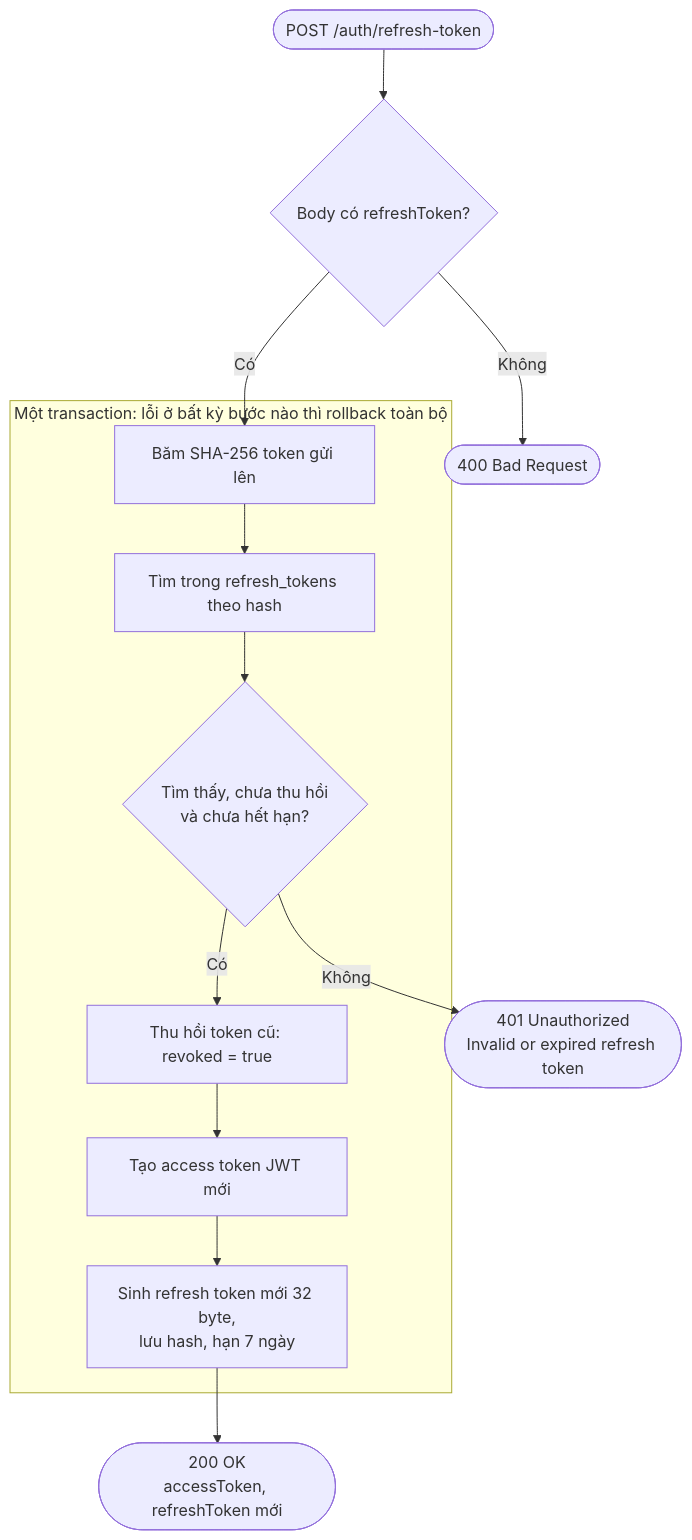
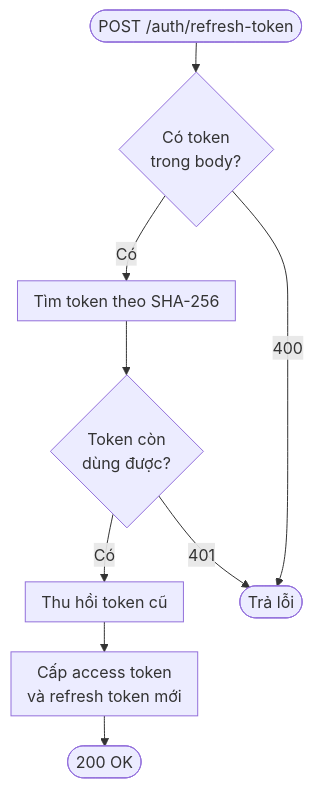
One commit to Phamminh161005/CourseHub changed the third of 7 diagrams in docs/luong-nghiep-vu.md. Above: the diagram before and after it, drawn with Mermaid. The commit also changed other lines of this file, not shown here.

````diff
--- a/docs/luong-nghiep-vu.md
+++ b/docs/luong-nghiep-vu.md
@@ -81,15 +86,12 @@
 ```mermaid
+%%{init: {"flowchart": {"padding": 8, "rankSpacing": 30, "nodeSpacing": 40}}}%%
 flowchart TD
-    A(["POST /auth/refresh-token"]) --> B{"Body có refreshToken?"}
-    B -- Không --> E400(["400 Bad Request"])
-    subgraph TX ["Một transaction: lỗi ở bất kỳ bước nào thì rollback toàn bộ"]
-        C["Băm SHA-256 token gửi lên"] --> D["Tìm trong refresh_tokens theo hash"]
-        D --> E{"Tìm thấy, chưa thu hồi<br/>và chưa hết hạn?"}
-        F["Thu hồi token cũ: revoked = true"] --> G["Tạo access token JWT mới"]
-        G --> H["Sinh refresh token mới 32 byte,<br/>lưu hash, hạn 7 ngày"]
-    end
-    B -- Có --> C
-    E -- Có --> F
-    E -- Không --> E401(["401 Unauthorized<br/>Invalid or expired refresh token"])
-    H --> OK(["200 OK<br/>accessToken, refreshToken mới"])
+    A(["POST /auth/refresh-token"]) --> B{"Có token<br/>trong body?"}
+    B -- Có --> C["Tìm token theo SHA-256"]
+    C --> E{"Token còn<br/>dùng được?"}
+    E -- Có --> F["Thu hồi token cũ"]
+    F --> G["Cấp access token<br/>và refresh token mới"]
+    G --> OK(["200 OK"])
+    B -- "400" --> ERR(["Trả lỗi"])
+    E -- "401" --> ERR
 ```
````
